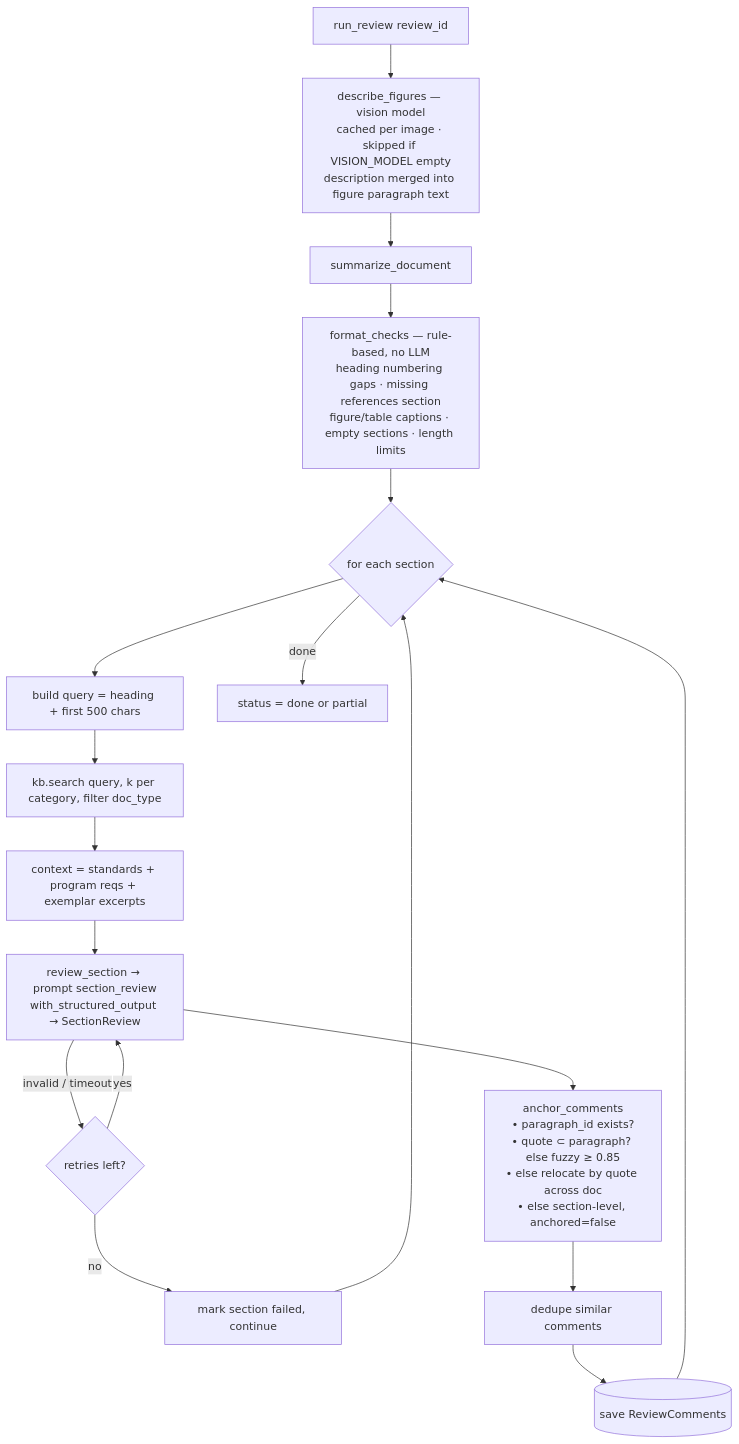
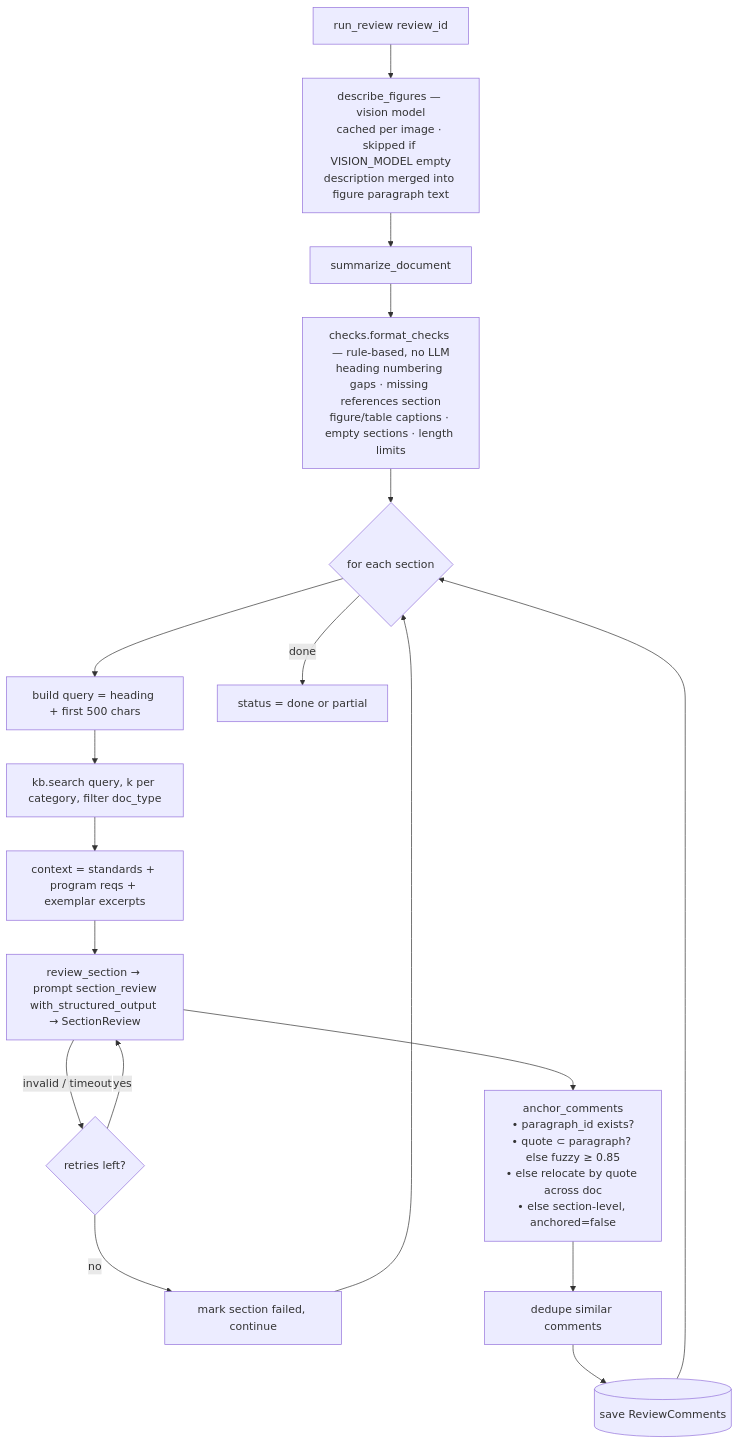
The fifth of 9 diagrams in architecture.md (hamza-prof/industry-mentor-llm-agent), drawn with Mermaid before and after one commit. The commit also changed other lines of this file and 25 other files, not shown here.

````diff
--- a/architecture.md
+++ b/architecture.md
@@ -167,20 +167,20 @@
 ```mermaid
 flowchart TB
     Start[run_review review_id] --> Fig[describe_figures — vision model<br/>cached per image · skipped if VISION_MODEL empty<br/>description merged into figure paragraph text]
     Fig --> Sum[summarize_document]
-    Sum --> FC[format_checks — rule-based, no LLM<br/>heading numbering gaps · missing references section<br/>figure/table captions · empty sections · length limits]
+    Sum --> FC[checks.format_checks — rule-based, no LLM<br/>heading numbering gaps · missing references section<br/>figure/table captions · empty sections · length limits]
     FC --> Loop{for each section}
     Loop --> Q[build query = heading + first 500 chars]
     Q --> KB[kb.search query, k per category, filter doc_type]
     KB --> Ctx[context = standards + program reqs + exemplar excerpts]
     Ctx --> LLMc[review_section → prompt section_review<br/>with_structured_output → SectionReview]
     LLMc -->|invalid / timeout| Retry{retries left?}
     Retry -->|yes| LLMc
     Retry -->|no| Fail[mark section failed, continue]
     LLMc --> Anc[anchor_comments<br/>• paragraph_id exists?<br/>• quote ⊂ paragraph? else fuzzy ≥ 0.85<br/>• else relocate by quote across doc<br/>• else section-level, anchored=false]
     Anc --> Dedup[dedupe similar comments]
     Dedup --> Save[(save ReviewComments)]
     Fail --> Loop
     Save --> Loop
     Loop -->|done| Status[status = done or partial]
 ```
````
